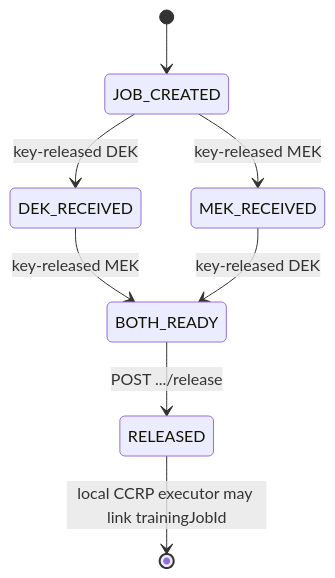
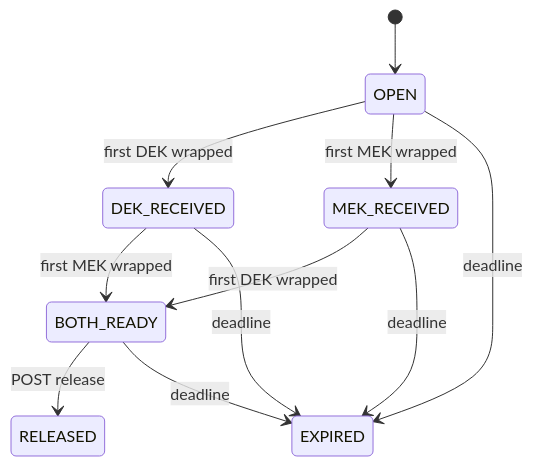
One commit to gitmujoshi/Confidential-AI-Network changed the sixth of 10 diagrams in docs/architecture/UML_4PLUS1_ARCHITECTURE.md. Above: the diagram before and after it, drawn with Mermaid. The commit also changed other lines of this file and 25 other files, not shown here.

````diff
--- a/docs/architecture/UML_4PLUS1_ARCHITECTURE.md
+++ b/docs/architecture/UML_4PLUS1_ARCHITECTURE.md
@@ -263,10 +346,13 @@
 ```mermaid
 stateDiagram-v2
-    [*] --> JOB_CREATED
-    JOB_CREATED --> DEK_RECEIVED: key-released DEK
-    DEK_RECEIVED --> BOTH_READY: key-released MEK
-    JOB_CREATED --> MEK_RECEIVED: key-released MEK
-    MEK_RECEIVED --> BOTH_READY: key-released DEK
-    BOTH_READY --> RELEASED: POST .../release
-    RELEASED --> [*]: local CCRP executor may link trainingJobId
+    [*] --> OPEN
+    OPEN --> DEK_RECEIVED: first DEK wrapped
+    OPEN --> MEK_RECEIVED: first MEK wrapped
+    DEK_RECEIVED --> BOTH_READY: first MEK wrapped
+    MEK_RECEIVED --> BOTH_READY: first DEK wrapped
+    BOTH_READY --> RELEASED: POST release
+    OPEN --> EXPIRED: deadline
+    DEK_RECEIVED --> EXPIRED: deadline
+    MEK_RECEIVED --> EXPIRED: deadline
+    BOTH_READY --> EXPIRED: deadline
 ```
````
